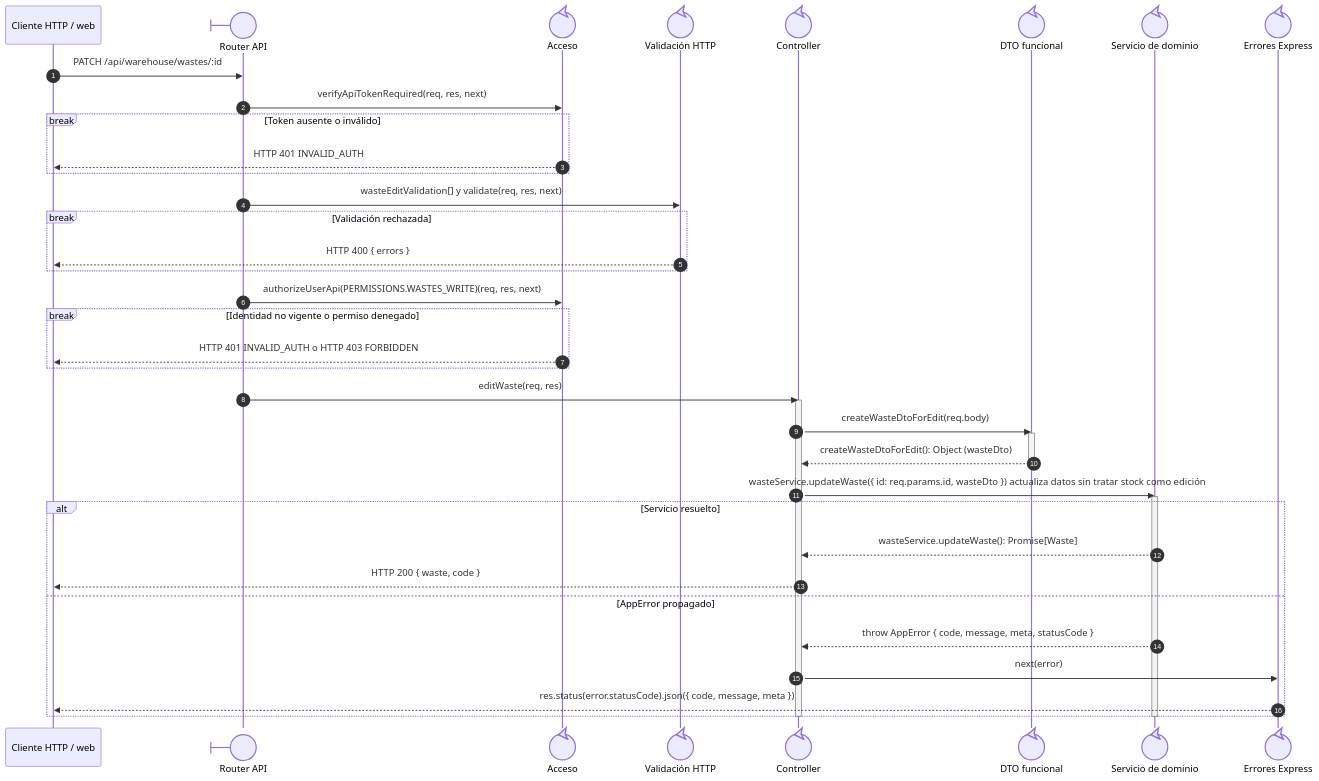
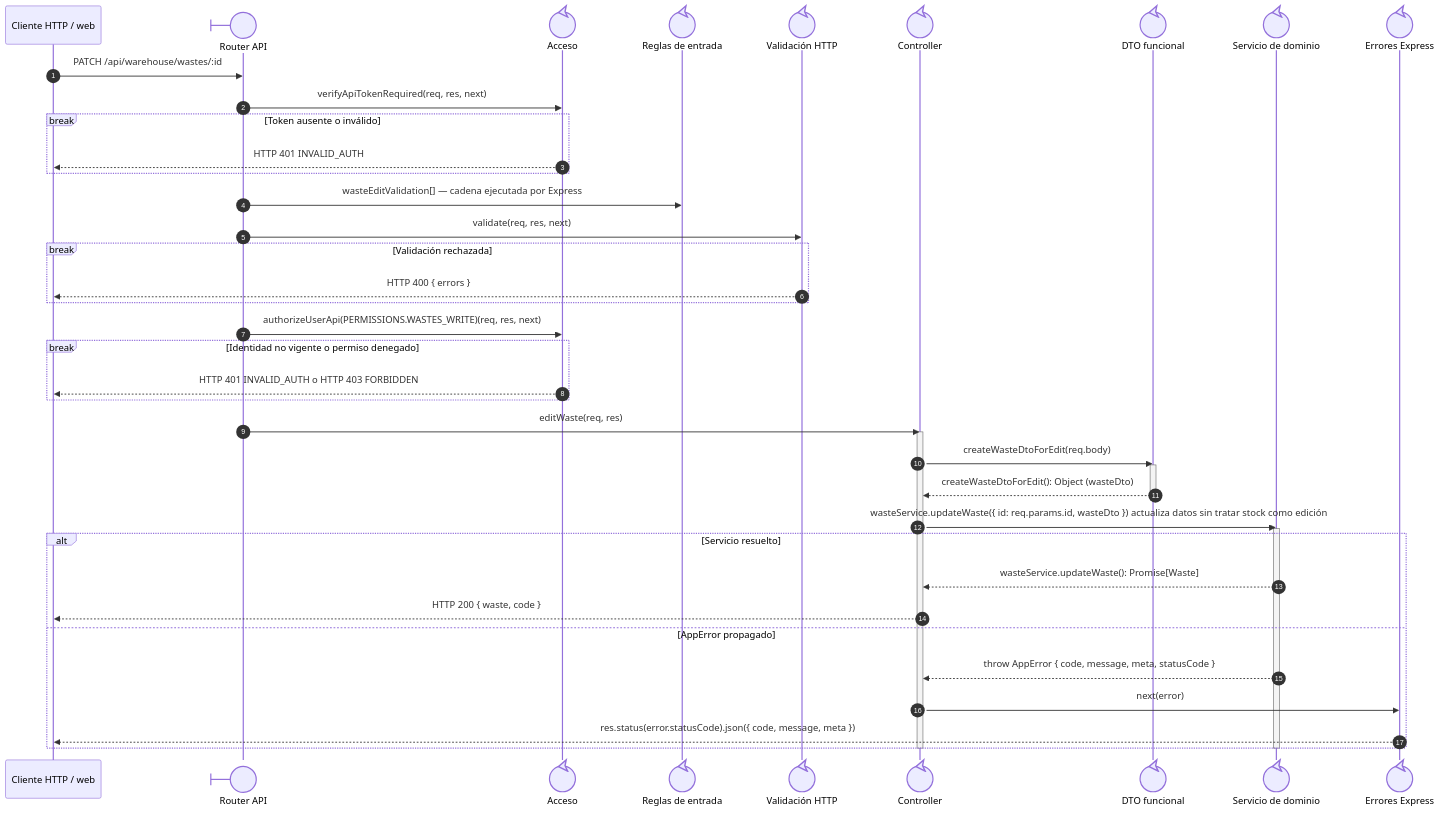
The diagram in docs/architecture/views/processes/backend-code-sequences/catalogs/cu-alm-11.md (gpgsistemas01/nexus), drawn with Mermaid before and after one commit. The commit also changed other lines of this file and 191 other files, not shown here.

Commit message:
docs: trace sequence lifelines to distinct implementation files

````diff
--- a/docs/architecture/views/processes/backend-code-sequences/catalogs/cu-alm-11.md
+++ b/docs/architecture/views/processes/backend-code-sequences/catalogs/cu-alm-11.md
@@ -25,44 +26,46 @@
 ```mermaid
 sequenceDiagram
     autonumber
     participant Client as Cliente HTTP / web
     participant Route@{ "type": "boundary" } as Router API
     participant Auth@{ "type": "control" } as Acceso
+    participant ValidationRules@{ "type": "control" } as Reglas de entrada
     participant Validator@{ "type": "control" } as Validación HTTP
     participant Controller@{ "type": "control" } as Controller
     participant WasteDto@{ "type": "control" } as DTO funcional
     participant Domain@{ "type": "control" } as Servicio de dominio
     participant ErrorHandler@{ "type": "control" } as Errores Express
 
     Client->>Route: PATCH /api/warehouse/wastes/:id
     Route->>Auth: verifyApiTokenRequired(req, res, next)
     break Token ausente o inválido
         Auth-->>Client: HTTP 401 INVALID_AUTH
     end
-    Route->>Validator: wasteEditValidation[] y validate(req, res, next)
+    Route->>ValidationRules: wasteEditValidation[] — cadena ejecutada por Express
+    Route->>Validator: validate(req, res, next)
     break Validación rechazada
         Validator-->>Client: HTTP 400 { errors }
     end
     Route->>Auth: authorizeUserApi(PERMISSIONS.WASTES_WRITE)(req, res, next)
     break Identidad no vigente o permiso denegado
         Auth-->>Client: HTTP 401 INVALID_AUTH o HTTP 403 FORBIDDEN
     end
     Route->>Controller: editWaste(req, res)
     activate Controller
     Controller->>WasteDto: createWasteDtoForEdit(req.body)
     activate WasteDto
     WasteDto-->>Controller: createWasteDtoForEdit(): Object (wasteDto)
     deactivate WasteDto
     Controller->>Domain: wasteService.updateWaste({ id: req.params.id, wasteDto }) actualiza datos sin tratar stock como edición
     activate Domain
     alt Servicio resuelto
         Domain-->>Controller: wasteService.updateWaste(): Promise[Waste]
         Controller-->>Client: HTTP 200 { waste, code }
     else AppError propagado
         Domain-->>Controller: throw AppError { code, message, meta, statusCode }
         Controller->>ErrorHandler: next(error)
         ErrorHandler-->>Client: res.status(error.statusCode).json({ code, message, meta })
     end
     deactivate Domain
     deactivate Controller
 ```
````
